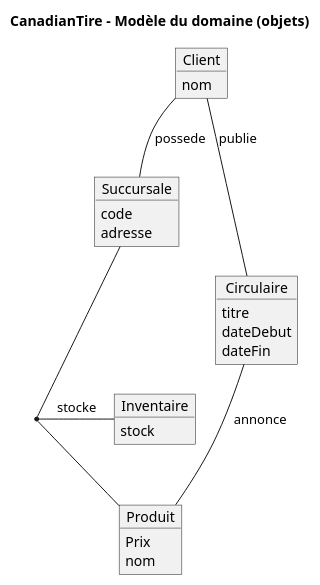
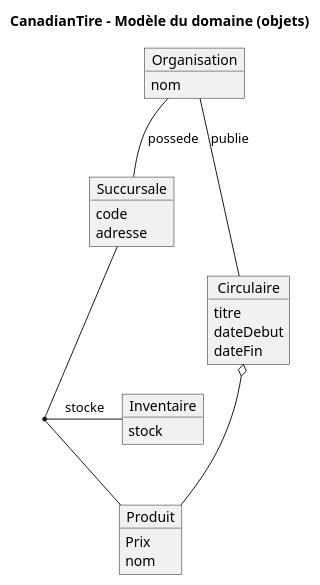
The diagram in Exercices03/question06.wsd (PapaSam0/1SY-AnalyseObjet), drawn with PlantUML before and after one commit. The commit also changed 8 other files, not shown here.

```diff
--- a/Exercices03/question06.wsd
+++ b/Exercices03/question06.wsd
@@ -1,34 +1,35 @@
 @startuml CanadianTire
 title CanadianTire – Modèle du domaine (objets)
 
-object Client {
+object Organisation {
   nom 
 }
 
 object Succursale {
   code
   adresse
 }
 
 object Produit {
   Prix
   nom
 }
 
 object Inventaire {
   stock
 }
 
 object Circulaire {
   titre
   dateDebut
   dateFin
 }
 
-Client -- Succursale : possede
-Client -- Circulaire : publie
+Organisation -- Succursale : possede
+Organisation -- Circulaire : publie
 
 (Succursale, Produit) -- Inventaire : stocke
-Circulaire -- Produit : annonce
+Circulaire o-- Produit
+'composition
 
 @enduml
```
